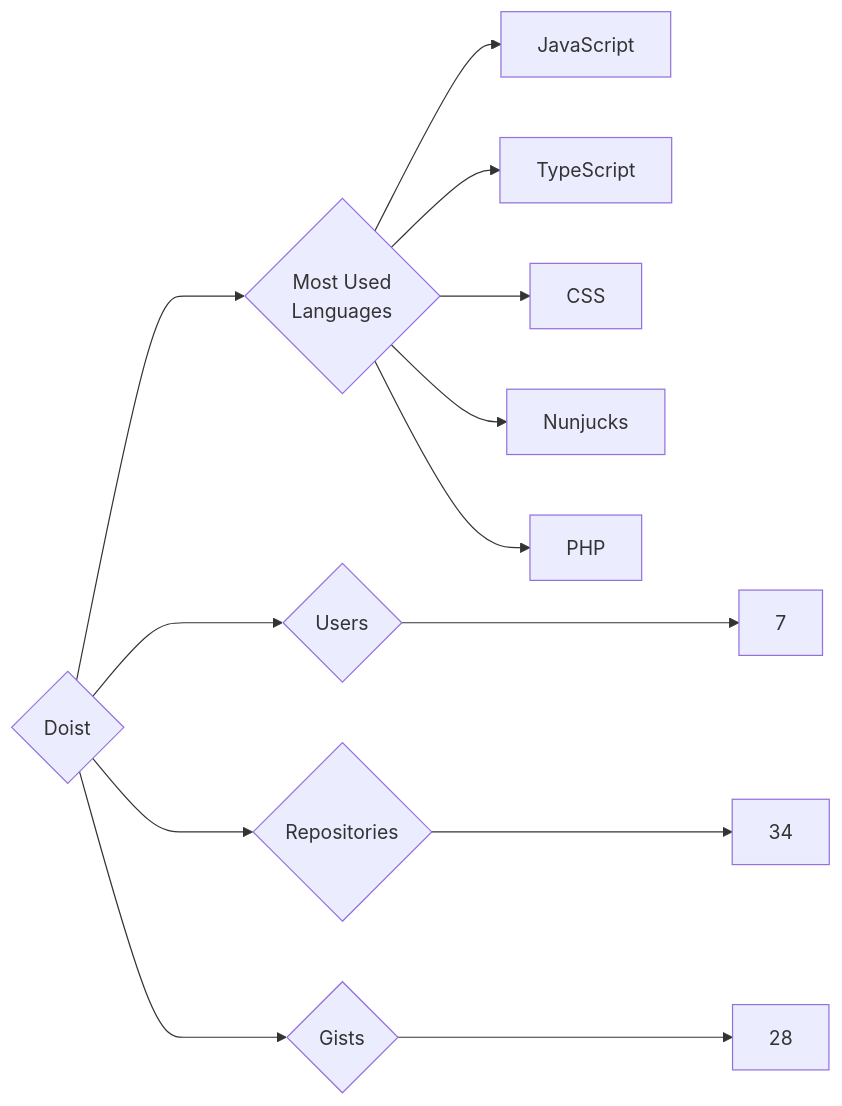
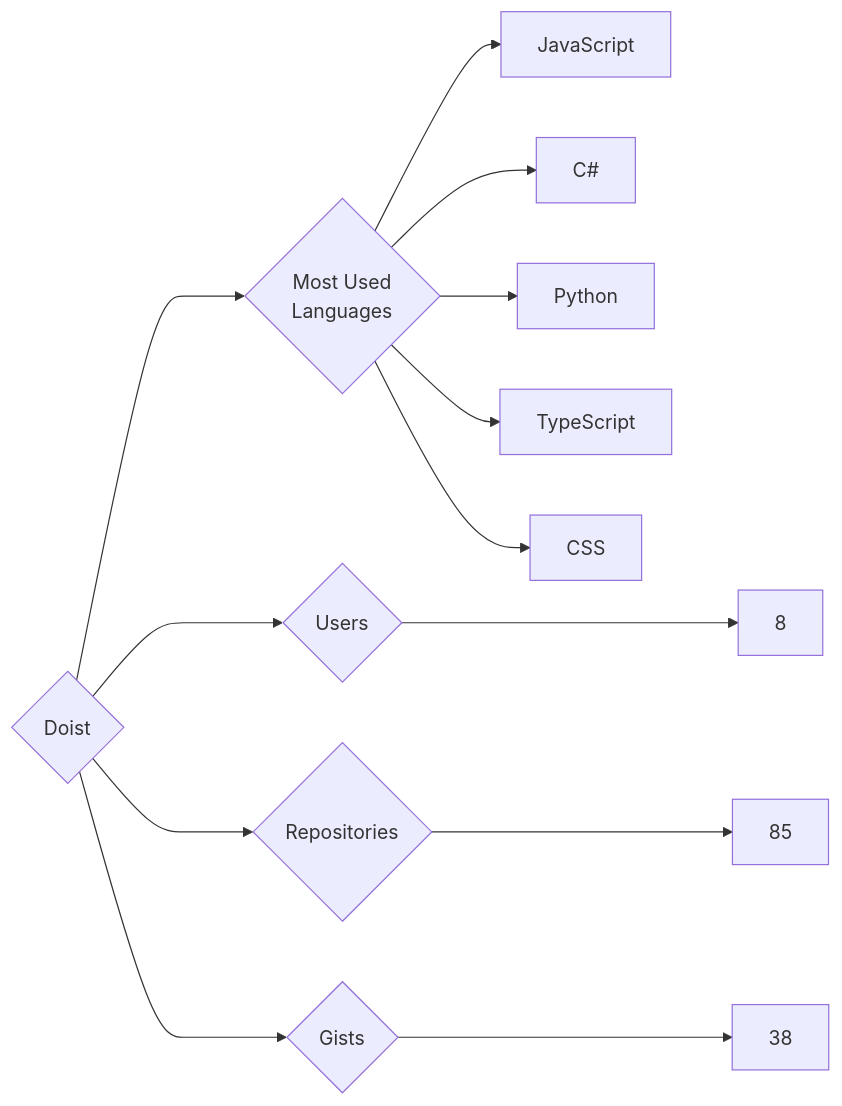
The diagram in targets/Doist/README.md (trickest/insiders), drawn with Mermaid before and after one commit. The commit also changed 1141 other files, not shown here.

````diff
--- a/targets/Doist/README.md
+++ b/targets/Doist/README.md
@@ -3,13 +3,13 @@
 ```mermaid
 graph LR
 COMPANY_NAME{Doist}
-COMPANY_NAME ---> U{Users} ---> UN[7]
-COMPANY_NAME ---> R{Repositories} ---> RN[34]
-COMPANY_NAME ---> G{Gists} ---> GN[28]
+COMPANY_NAME ---> U{Users} ---> UN[8]
+COMPANY_NAME ---> R{Repositories} ---> RN[85]
+COMPANY_NAME ---> G{Gists} ---> GN[38]
 COMPANY_NAME ---> ML{Most Used<br>Languages}
 ML --> JavaScript[JavaScript]
+ML --> C#[C#]
+ML --> Python[Python]
 ML --> TypeScript[TypeScript]
 ML --> CSS[CSS]
-ML --> Nunjucks[Nunjucks]
-ML --> PHP[PHP]
 ```
````
